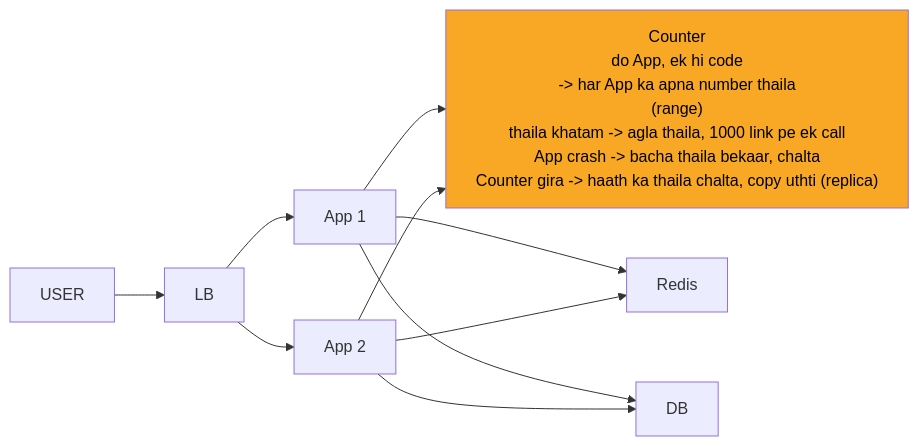
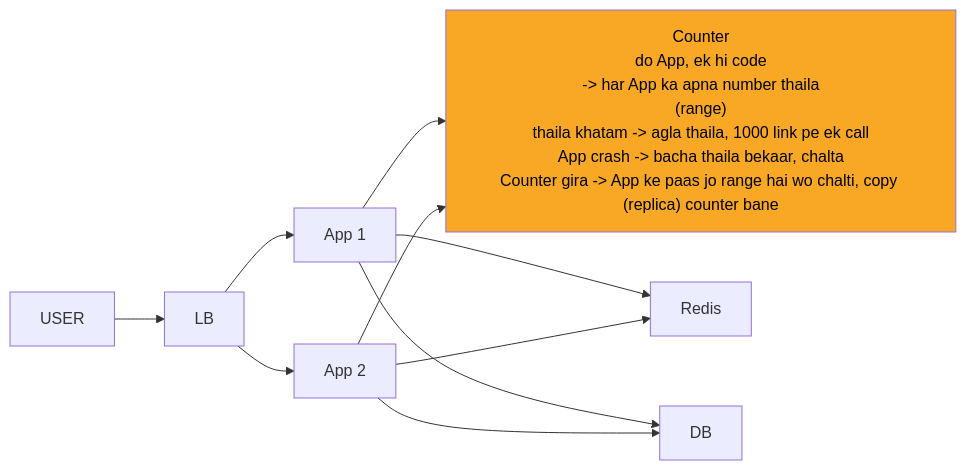
The fourth of 10 diagrams in 04_HLD/SYSTEM_DESIGNS/01_url_shortener/01_url_shortener.md (ArpanMaheshwari144/Prep), drawn with Mermaid before and after one commit.

Commit message:
url shortener card 3: Counter gira line me range (upma nahi)

````diff
--- a/04_HLD/SYSTEM_DESIGNS/01_url_shortener/01_url_shortener.md
+++ b/04_HLD/SYSTEM_DESIGNS/01_url_shortener/01_url_shortener.md
@@ -189,21 +189,21 @@
 ```mermaid
 %%{init: {"flowchart": {"wrappingWidth": 450}}}%%
 flowchart LR
     n_USER["USER"]
     n_LB["LB"]
     n_App_x_N_1["App 1"]
     n_App_x_N_2["App 2"]
-    n_Counter["Counter<br/>do App, ek hi code<br/>-> har App ka apna number thaila<br/>(range)<br/>thaila khatam -> agla thaila, 1000 link pe ek call<br/>App crash -> bacha thaila bekaar, chalta<br/>Counter gira -> haath ka thaila chalta, copy uthti (replica)"]
+    n_Counter["Counter<br/>do App, ek hi code<br/>-> har App ka apna number thaila<br/>(range)<br/>thaila khatam -> agla thaila, 1000 link pe ek call<br/>App crash -> bacha thaila bekaar, chalta<br/>Counter gira -> App ke paas jo range hai wo chalti, copy (replica) counter bane"]
     n_Redis["Redis"]
     n_DB["DB"]
     n_USER --> n_LB
     n_LB --> n_App_x_N_1
     n_LB --> n_App_x_N_2
     n_App_x_N_1 --> n_Counter
     n_App_x_N_2 --> n_Counter
     n_App_x_N_1 --> n_Redis
     n_App_x_N_2 --> n_Redis
     n_App_x_N_1 --> n_DB
     n_App_x_N_2 --> n_DB
     style n_Counter fill:#f9a825,color:#000
 ```
````
